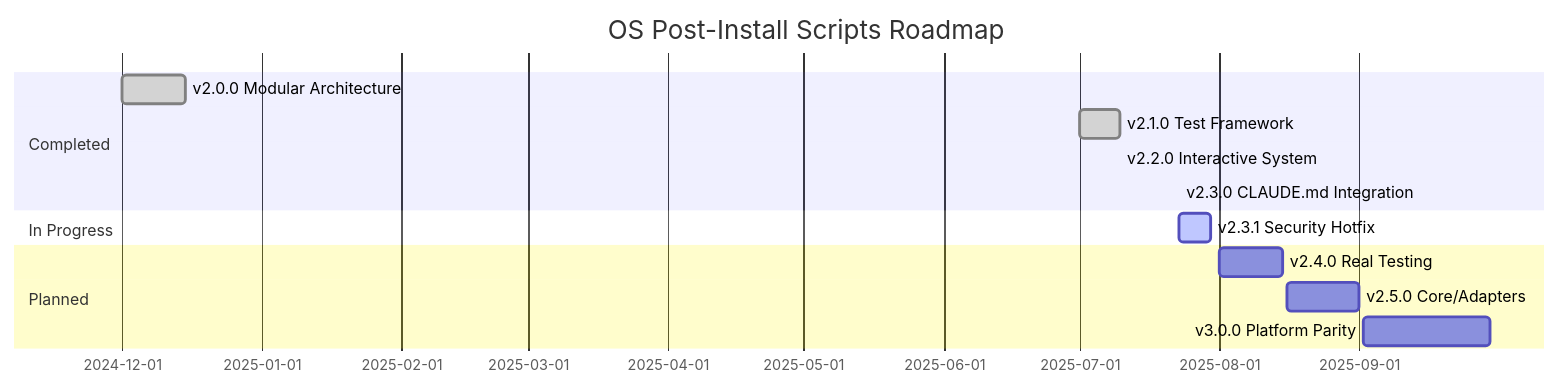
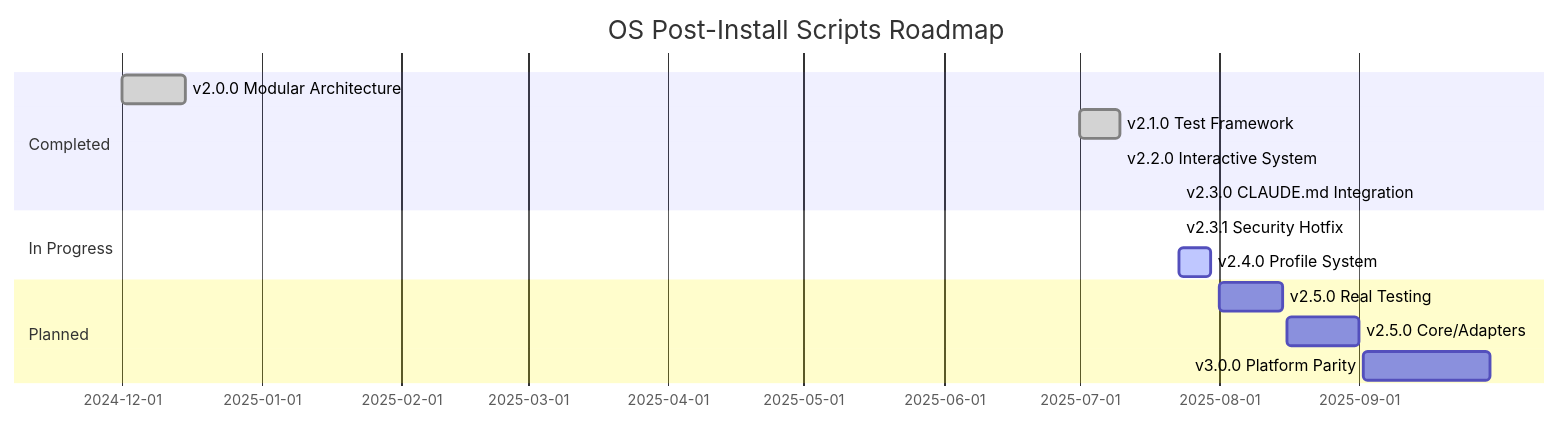
Before and after one commit to BragatteMAS/os-postinstall-scripts: the diagram in ROADMAP.md, drawn with Mermaid. The commit also changed other lines of this file and 1 other file, not shown here.

First line of the commit message:
docs: update CHANGELOG and ROADMAP to reflect current state

````diff
--- a/ROADMAP.md
+++ b/ROADMAP.md
@@ -11,16 +11,17 @@
 ```mermaid
 gantt
     title OS Post-Install Scripts Roadmap
     dateFormat YYYY-MM-DD
     section Completed
         v2.0.0 Modular Architecture    :done, 2024-12-01, 2024-12-15
         v2.1.0 Test Framework          :done, 2025-07-01, 2025-07-10
         v2.2.0 Interactive System      :done, 2025-07-10, 2025-07-10
         v2.3.0 CLAUDE.md Integration   :done, 2025-07-23, 2025-07-23
     section In Progress
-        v2.3.1 Security Hotfix         :active, 2025-07-23, 2025-07-30
+        v2.3.1 Security Hotfix         :done, 2025-07-23, 2025-07-23
+        v2.4.0 Profile System          :active, 2025-07-23, 2025-07-30
     section Planned
-        v2.4.0 Real Testing            :2025-08-01, 2025-08-15
+        v2.5.0 Real Testing            :2025-08-01, 2025-08-15
         v2.5.0 Core/Adapters          :2025-08-16, 2025-09-01
         v3.0.0 Platform Parity        :2025-09-02, 2025-09-30
 ```
````
